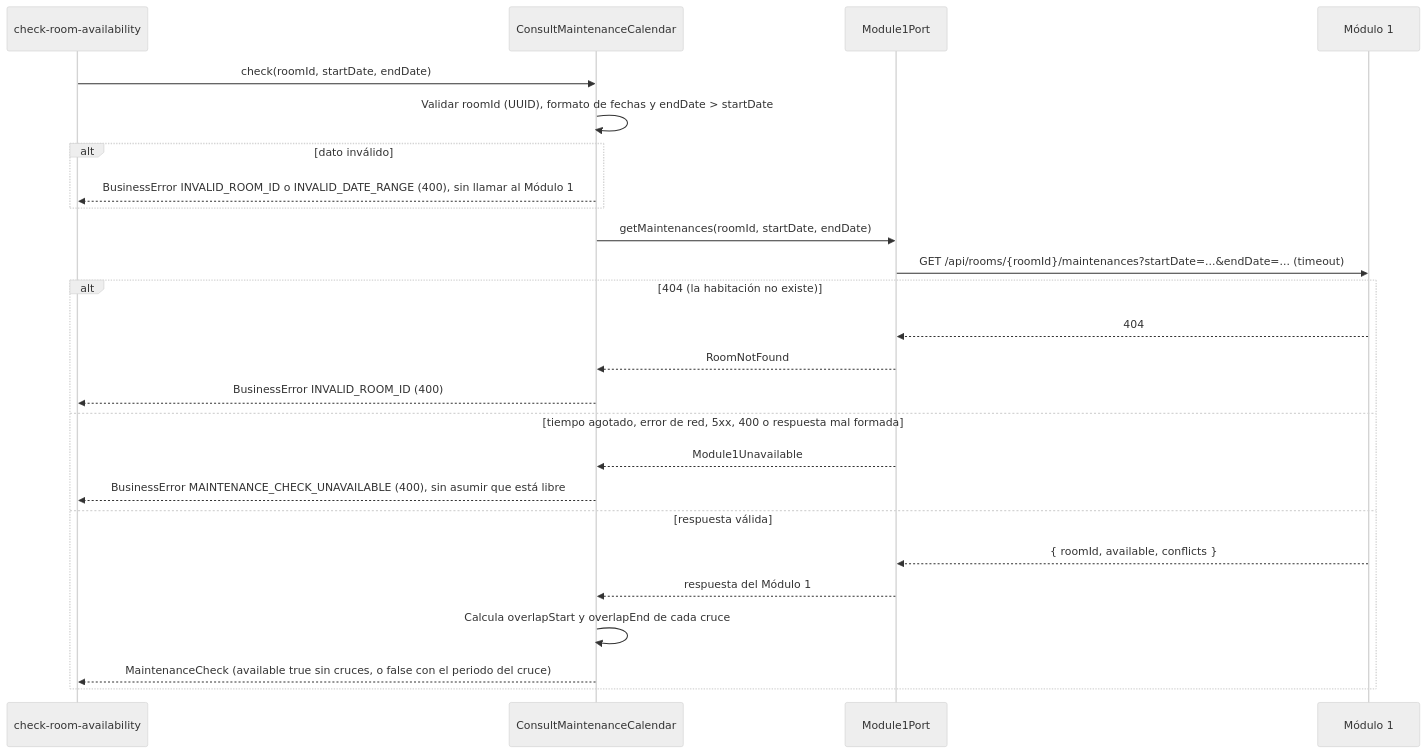
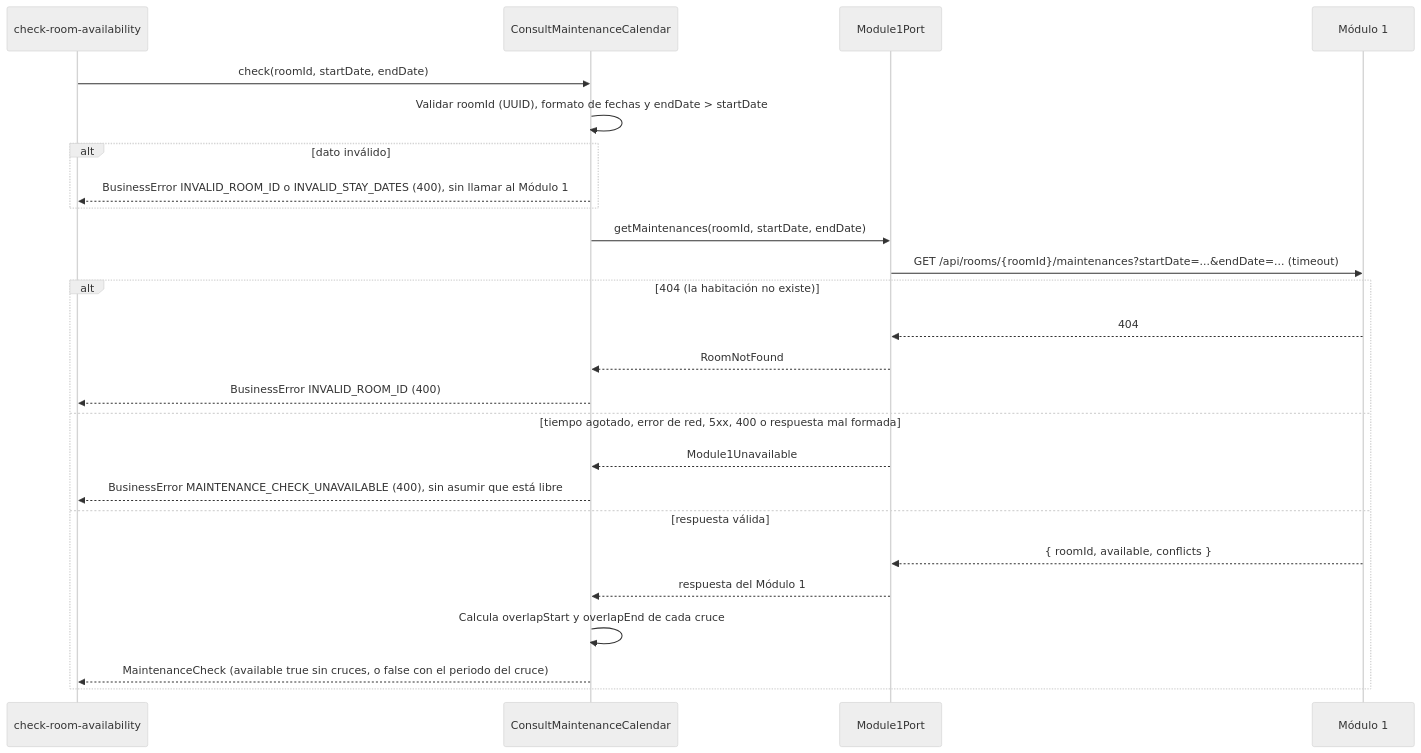
The first of 2 diagrams in specs/consult-maintenance-calendar/plan.md (Lapicero312-lapi/HOSPITUA-MOD-2), drawn with Mermaid (neutral theme) before and after one commit. The commit also changed other lines of this file and 6 other files, not shown here.

````diff
--- a/specs/consult-maintenance-calendar/plan.md
+++ b/specs/consult-maintenance-calendar/plan.md
@@ -152,28 +152,28 @@
 ```mermaid
 sequenceDiagram
     participant V as check-room-availability
     participant U as ConsultMaintenanceCalendar
     participant P as Module1Port
     participant M1 as Módulo 1
 
     V->>U: check(roomId, startDate, endDate)
     U->>U: Validar roomId (UUID), formato de fechas y endDate > startDate
     alt dato inválido
-        U-->>V: BusinessError INVALID_ROOM_ID o INVALID_DATE_RANGE (400), sin llamar al Módulo 1
+        U-->>V: BusinessError INVALID_ROOM_ID o INVALID_STAY_DATES (400), sin llamar al Módulo 1
     end
     U->>P: getMaintenances(roomId, startDate, endDate)
     P->>M1: GET /api/rooms/{roomId}/maintenances?startDate=...&endDate=... (timeout)
     alt 404 (la habitación no existe)
         M1-->>P: 404
         P-->>U: RoomNotFound
         U-->>V: BusinessError INVALID_ROOM_ID (400)
     else tiempo agotado, error de red, 5xx, 400 o respuesta mal formada
         P-->>U: Module1Unavailable
         U-->>V: BusinessError MAINTENANCE_CHECK_UNAVAILABLE (400), sin asumir que está libre
     else respuesta válida
         M1-->>P: { roomId, available, conflicts }
         P-->>U: respuesta del Módulo 1
         U->>U: Calcula overlapStart y overlapEnd de cada cruce
         U-->>V: MaintenanceCheck (available true sin cruces, o false con el periodo del cruce)
     end
 ```
````
